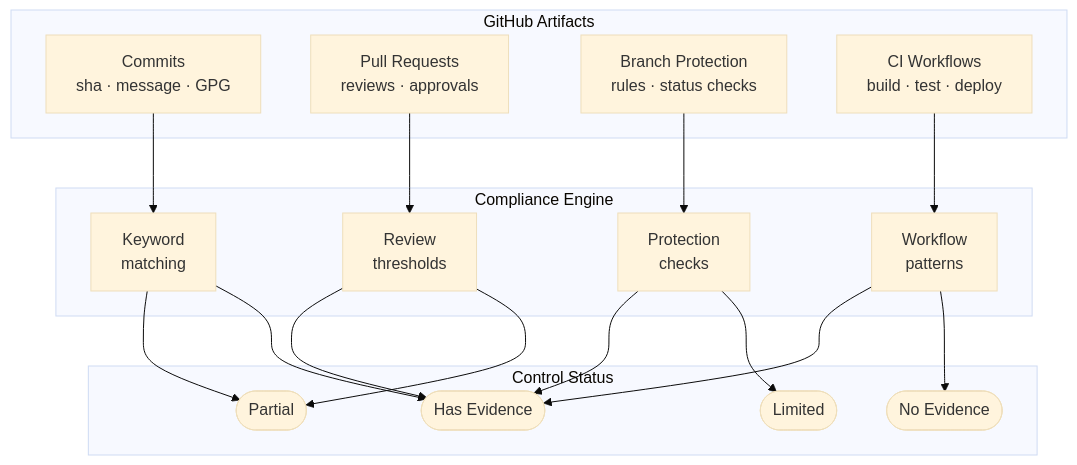
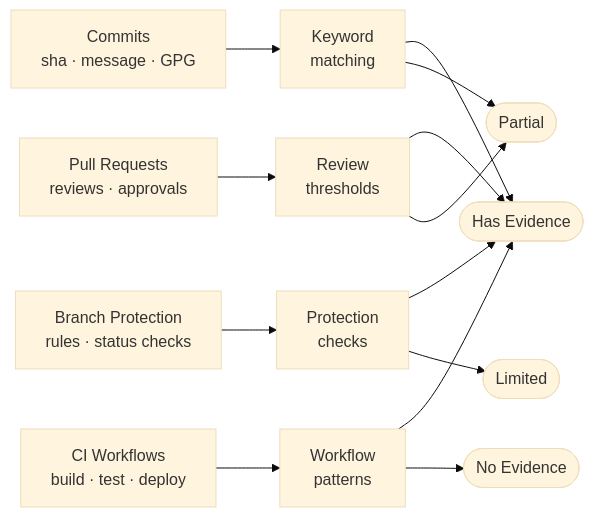
One commit to JohnJohnW/audittrail-dev changed the tenth of 16 diagrams in README.md. Above: the diagram before and after it, drawn with Mermaid (base theme).

Commit message:
fix: switch evidence mapping diagram to flowchart LR without subgraphs
Removes the Sources/Engine/Outcomes subgraphs from the TD layout that
forced all processor nodes to render left-to-right within their
subgraph boundary. In TD+subgraph layout HE sat leftmost, causing BP2
and WF to draw long diagonal lines spanning 2–3 positions to reach it.

Switching to flowchart LR with no subgraphs lets dagre's barycentric
heuristic position HE centrally in the outcomes column (barycenter of
all 4 incoming processor edges = position 2.5), so every connection is
a short, shallow diagonal rather than a long cross-diagram slash.

````diff
--- a/README.md
+++ b/README.md
@@ -450,37 +450,32 @@
 ```mermaid
-flowchart TD
-    subgraph Sources["GitHub Artifacts"]
-        C["Commits\nsha · message · GPG"]
-        PR["Pull Requests\nreviews · approvals"]
-        BP["Branch Protection\nrules · status checks"]
-        CI["CI Workflows\nbuild · test · deploy"]
-    end
+flowchart LR
+    C["Commits\nsha · message · GPG"]
+    PR["Pull Requests\nreviews · approvals"]
+    BP["Branch Protection\nrules · status checks"]
+    CI["CI Workflows\nbuild · test · deploy"]
 
-    subgraph Engine["Compliance Engine"]
-        KW["Keyword\nmatching"]
-        RC["Review\nthresholds"]
-        BP2["Protection\nchecks"]
-        WF["Workflow\npatterns"]
-    end
+    KW["Keyword\nmatching"]
+    RC["Review\nthresholds"]
+    BP2["Protection\nchecks"]
+    WF["Workflow\npatterns"]
 
-    subgraph Outcomes["Control Status"]
-        HE(["Has Evidence"])
-        PA(["Partial"])
-        LI(["Limited"])
-        NE(["No Evidence"])
-    end
+    PA(["Partial"])
+    HE(["Has Evidence"])
+    LI(["Limited"])
+    NE(["No Evidence"])
 
     C  --> KW
     PR --> RC
     BP --> BP2
     CI --> WF
 
-    KW  --> PA
     KW  --> HE
     RC  --> HE
+    BP2 --> HE
+    WF  --> HE
+
+    KW  --> PA
     RC  --> PA
-    BP2 --> HE
     BP2 --> LI
-    WF  --> HE
     WF  --> NE
 ```
````
